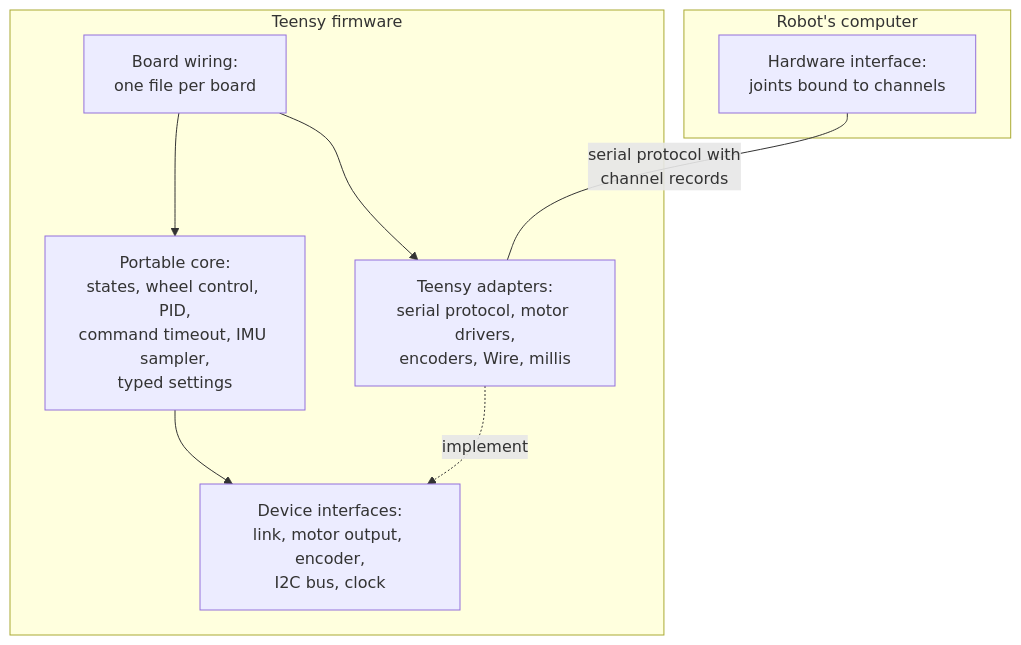
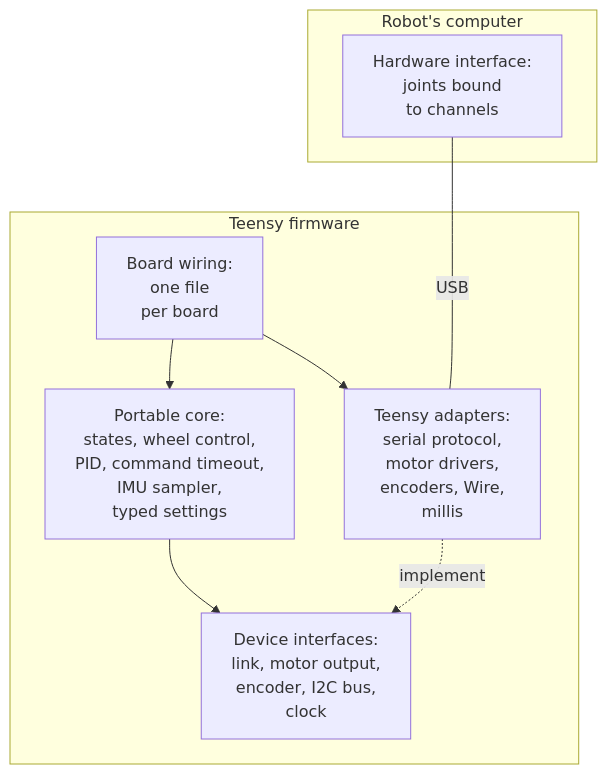
Before and after one commit to ros-mobile-robots/ros-mobile-robots.github.io: the second of 2 diagrams in docs/packages/diffbot_base/low-level.md, drawn with Mermaid. The commit also changed other lines of this file and 1 other file, not shown here.

First line of the commit message:
Low-Level Base Controller: rosserial node in the diagrams

````diff
--- a/docs/packages/diffbot_base/low-level.md
+++ b/docs/packages/diffbot_base/low-level.md
@@ -179,17 +185,17 @@
     ```mermaid
     graph TB
       subgraph PI [Robot's computer]
-        HWI[Hardware interface:<br/>joints bound to channels]
+        HWI[Hardware interface:<br/>joints bound<br/>to channels]
       end
       subgraph TEENSY [Teensy firmware]
-        W[Board wiring:<br/>one file per board]
-        CORE[Portable core:<br/>states, wheel control, PID,<br/>command timeout, IMU sampler,<br/>typed settings]
-        PORTS[Device interfaces:<br/>link, motor output, encoder,<br/>I2C bus, clock]
-        ADAPT[Teensy adapters:<br/>serial protocol, motor drivers,<br/>encoders, Wire, millis]
+        W[Board wiring:<br/>one file<br/>per board]
+        CORE[Portable core:<br/>states, wheel control,<br/>PID, command timeout,<br/>IMU sampler,<br/>typed settings]
+        PORTS[Device interfaces:<br/>link, motor output,<br/>encoder, I2C bus,<br/>clock]
+        ADAPT[Teensy adapters:<br/>serial protocol,<br/>motor drivers,<br/>encoders, Wire,<br/>millis]
       end
-      HWI ---|serial protocol with<br/>channel records| ADAPT
+      HWI ----|USB| ADAPT
       W --> CORE
       W --> ADAPT
       CORE --> PORTS
       ADAPT -.->|implement| PORTS
     ```
````
